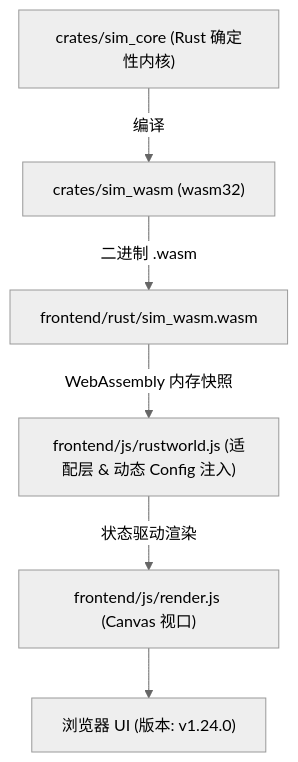
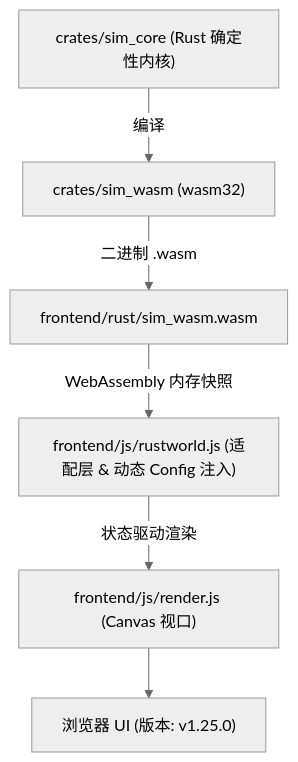
The diagram in AGENTS.md (g39088902/FlowAndAccord), drawn with Mermaid (neutral theme) before and after one commit. The commit also changed other lines of this file and 14 other files, not shown here.

````diff
--- a/AGENTS.md
+++ b/AGENTS.md
@@ -51,8 +51,8 @@
 ```mermaid
 graph TD
     A["crates/sim_core (Rust 确定性内核)"] -->|编译| B["crates/sim_wasm (wasm32)"]
     B -->|二进制 .wasm| C["frontend/rust/sim_wasm.wasm"]
     C -->|WebAssembly 内存快照| D["frontend/js/rustworld.js (适配层 & 动态 Config 注入)"]
     D -->|状态驱动渲染| E["frontend/js/render.js (Canvas 视口)"]
-    E --> F["浏览器 UI (版本: v1.24.0)"]
+    E --> F["浏览器 UI (版本: v1.25.0)"]
 ```
````
